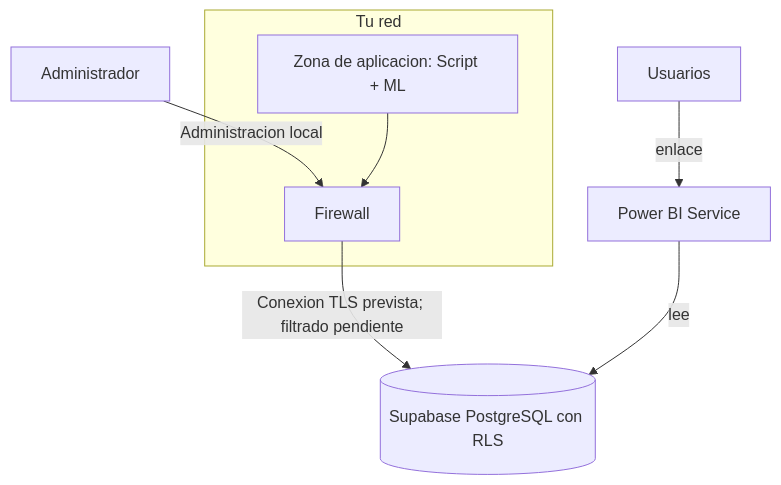
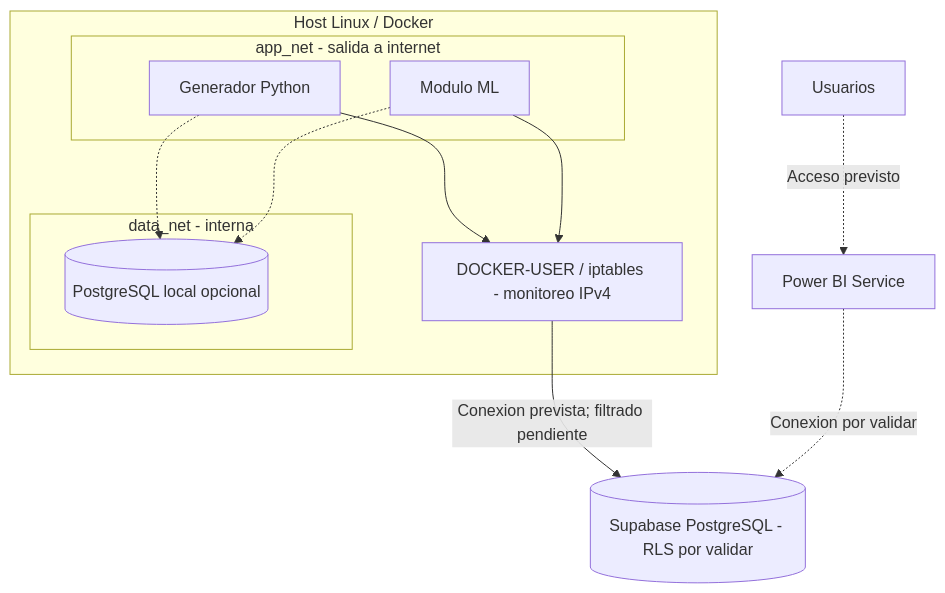
Before and after one commit to forja-algoritmica/Salon106: the diagram in docs/diagrama-red.md, drawn with Mermaid. The commit also changed other lines of this file and 4 other files, not shown here.

Commit message:
docs(security): documentar pruebas Nmap, TLS Supabase y controles ISO 27001

````diff
--- a/docs/diagrama-red.md
+++ b/docs/diagrama-red.md
@@ -3,10 +3,20 @@
 ```mermaid
 flowchart TD
-    ADM[Administrador] -- Administracion local --> FW
-    subgraph RED[Tu red]
-        APP[Zona de aplicacion: Script + ML] --> FW[Firewall]
+    subgraph HOST["Host Linux / Docker"]
+        subgraph APP["app_net - salida a internet"]
+            GEN["Generador Python"]
+            ML["Modulo ML"]
+        end
+        subgraph DATA["data_net - interna"]
+            DB[("PostgreSQL local opcional")]
+        end
+        FW["DOCKER-USER / iptables - monitoreo IPv4"]
     end
-    FW -- Conexion TLS prevista; filtrado pendiente --> SB[(Supabase PostgreSQL con RLS)]
-    PBI[Power BI Service] -- lee --> SB
-    USR[Usuarios] -- enlace --> PBI
+    GEN --> FW
+    ML --> FW
+    GEN -.-> DB
+    ML -.-> DB
+    FW -->|"Conexion prevista; filtrado pendiente"| SB[("Supabase PostgreSQL - RLS por validar")]
+    PBI["Power BI Service"] -.->|"Conexion por validar"| SB
+    USR["Usuarios"] -.->|"Acceso previsto"| PBI
 ```
````
